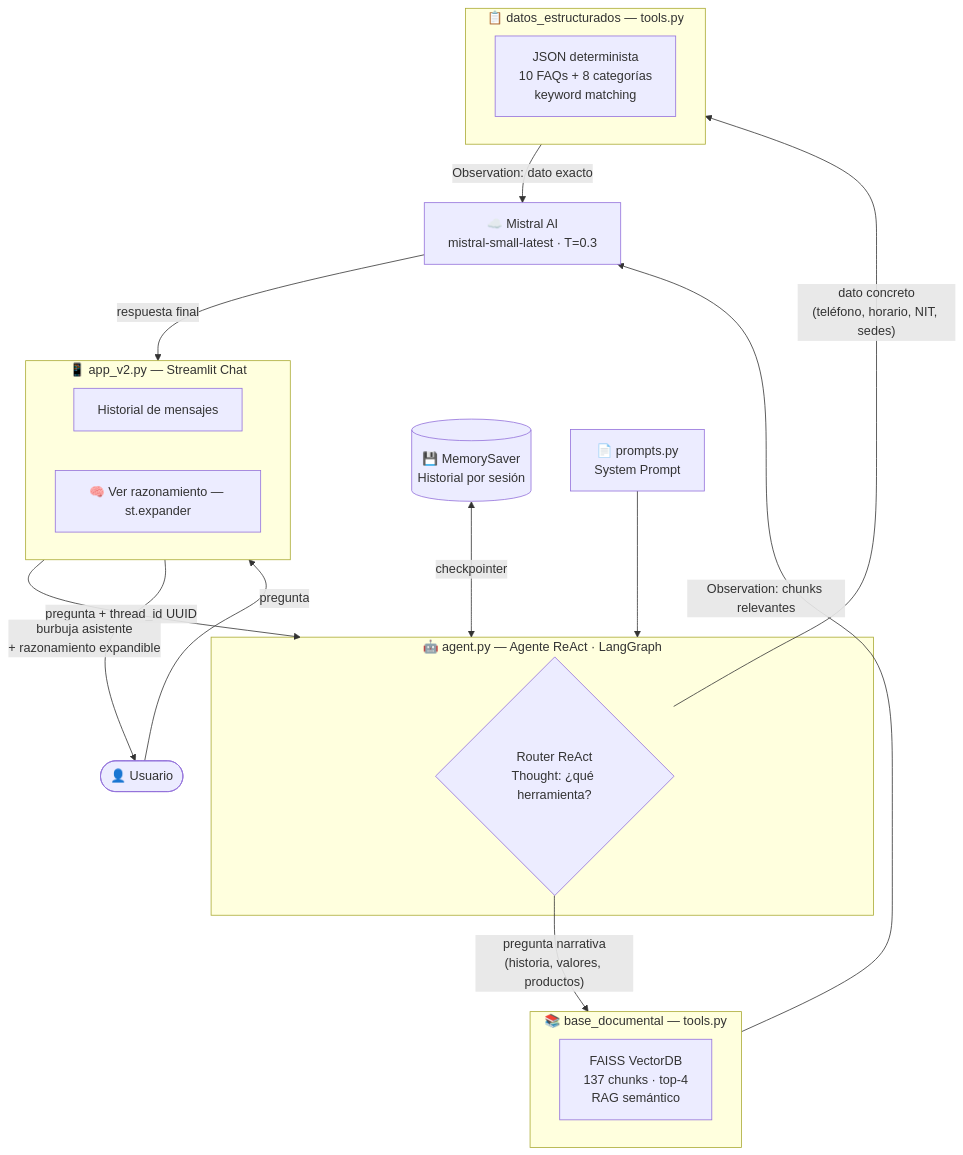
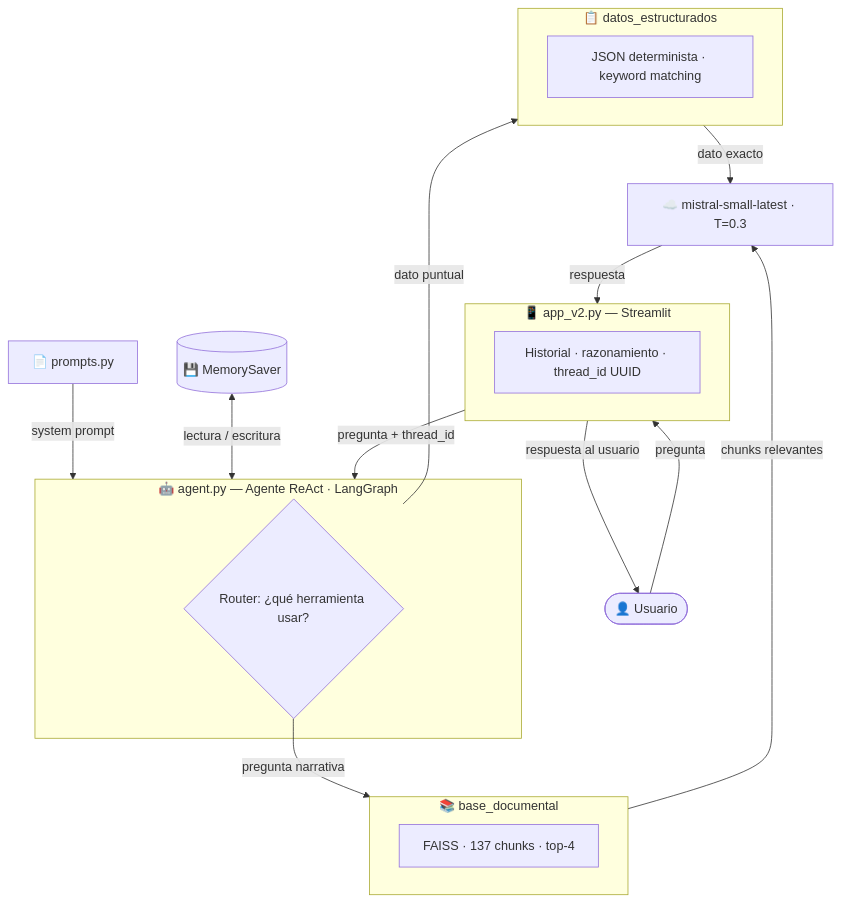
Before and after one commit to jorgegallegou/colgate: the diagram in README.md, drawn with Mermaid.

Commit message:
docs: simplificar diagrama Mermaid sección 8.1 para renderizado correcto

````diff
--- a/README.md
+++ b/README.md
@@ -264,35 +264,36 @@
 ```mermaid
 flowchart TD
-    U(["👤 Usuario"]) -->|pregunta| APP
+    U(["👤 Usuario"])
+    U -->|pregunta| APP
 
-    subgraph APP["📱 app_v2.py — Streamlit Chat"]
-        UI["Historial de mensajes"]
-        EXP["🧠 Ver razonamiento — st.expander"]
+    subgraph APP["📱 app_v2.py — Streamlit"]
+        APP1["Historial · razonamiento · thread_id UUID"]
     end
 
-    APP -->|"pregunta + thread_id UUID"| AGT
-    MEM[("💾 MemorySaver\nHistorial por sesión")] <-->|checkpointer| AGT
-    SYS["📄 prompts.py\nSystem Prompt"] --> AGT
+    SYS["📄 prompts.py"] -->|system prompt| AGT
+    MEM[("💾 MemorySaver")] <-->|lectura / escritura| AGT
+
+    APP -->|"pregunta + thread_id"| AGT
 
     subgraph AGT["🤖 agent.py — Agente ReAct · LangGraph"]
-        DEC{"Router ReAct\nThought: ¿qué herramienta?"}
+        DEC{"Router: ¿qué herramienta usar?"}
     end
 
-    DEC -->|"pregunta narrativa\n(historia, valores, productos)"| T1
+    DEC -->|"pregunta narrativa"| T1
+    DEC -->|"dato puntual"| T2
 
-    subgraph T1["📚 base_documental — tools.py"]
-        FAISS["FAISS VectorDB\n137 chunks · top-4\nRAG semántico"]
+    subgraph T1["📚 base_documental"]
+        F["FAISS · 137 chunks · top-4"]
     end
 
-    DEC -->|"dato concreto\n(teléfono, horario, NIT, sedes)"| T2
-
-    subgraph T2["📋 datos_estructurados — tools.py"]
-        JSON["JSON determinista\n10 FAQs + 8 categorías\nkeyword matching"]
+    subgraph T2["📋 datos_estructurados"]
+        J["JSON determinista · keyword matching"]
     end
 
-    T1 -->|"Observation: chunks relevantes"| LLM["☁️ Mistral AI\nmistral-small-latest · T=0.3"]
-    T2 -->|"Observation: dato exacto"| LLM
+    T1 -->|chunks relevantes| LLM
+    T2 -->|dato exacto| LLM
 
-    LLM -->|respuesta final| APP
-    APP -->|"burbuja asistente\n+ razonamiento expandible"| U
+    LLM["☁️ mistral-small-latest · T=0.3"]
+    LLM -->|respuesta| APP
+    APP -->|respuesta al usuario| U
 ```
````
